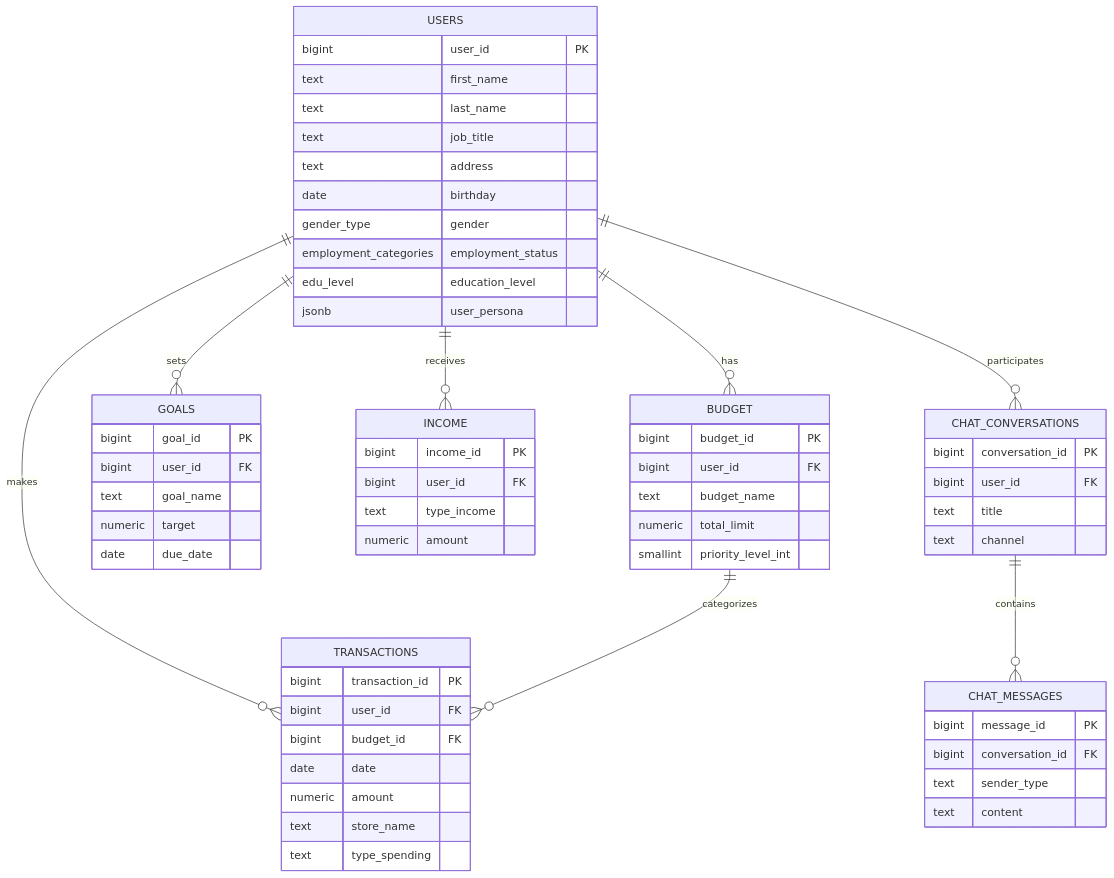
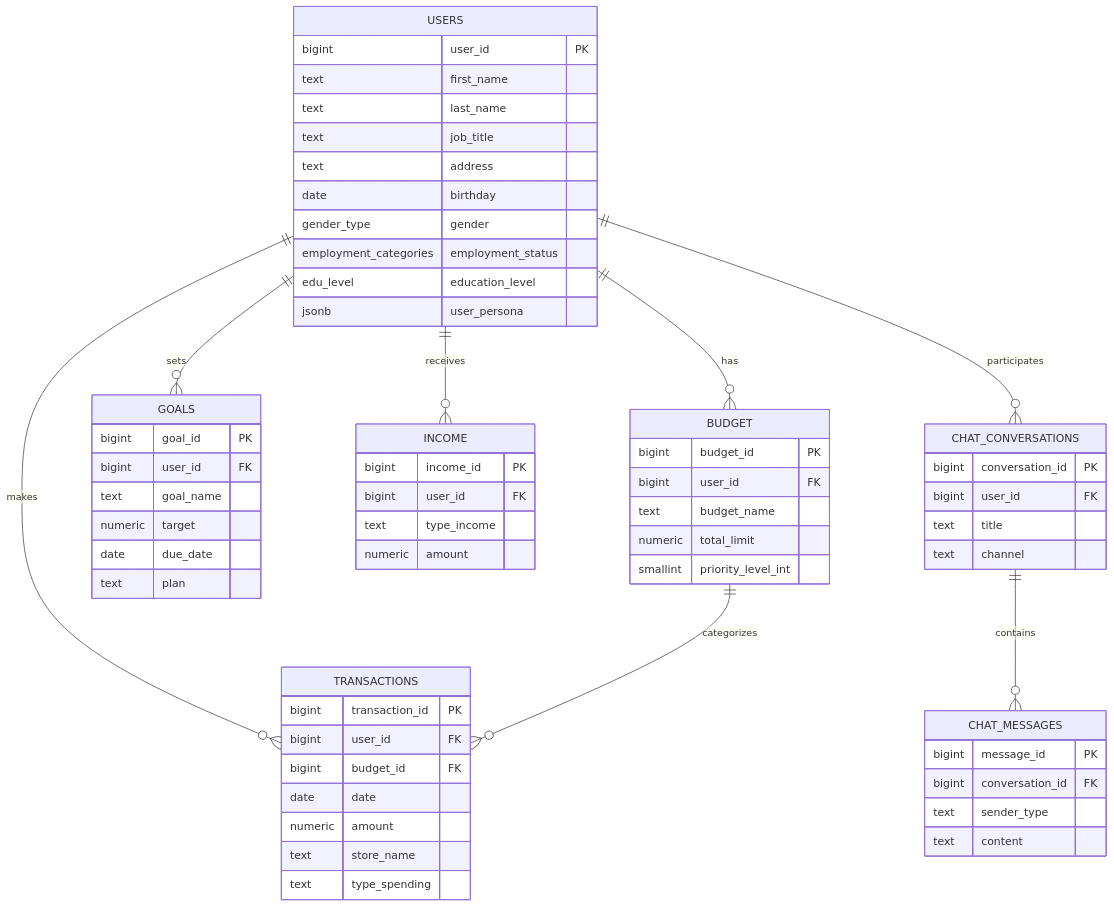
The third of 3 diagrams in README.md (Apo-Eclipse/Grad), drawn with Mermaid before and after one commit. The commit also changed other lines of this file and 4 other files, not shown here.

````diff
--- a/README.md
+++ b/README.md
@@ -130,64 +130,65 @@
 ```mermaid
 erDiagram
     USERS ||--o{ BUDGET : has
     USERS ||--o{ GOALS : sets
     USERS ||--o{ INCOME : receives
     USERS ||--o{ TRANSACTIONS : makes
     USERS ||--o{ CHAT_CONVERSATIONS : participates
     BUDGET ||--o{ TRANSACTIONS : categorizes
     CHAT_CONVERSATIONS ||--o{ CHAT_MESSAGES : contains
 
     USERS {
         bigint user_id PK
         text first_name
         text last_name
         text job_title
         text address
         date birthday
         gender_type gender
         employment_categories employment_status
         edu_level education_level
         jsonb user_persona
     }
     BUDGET {
         bigint budget_id PK
         bigint user_id FK
         text budget_name
         numeric total_limit
         smallint priority_level_int
     }
     GOALS {
         bigint goal_id PK
         bigint user_id FK
         text goal_name
         numeric target
         date due_date
+        text plan
     }
     INCOME {
         bigint income_id PK
         bigint user_id FK
         text type_income
         numeric amount
     }
     TRANSACTIONS {
         bigint transaction_id PK
         bigint user_id FK
         bigint budget_id FK
         date date
         numeric amount
         text store_name
         text type_spending
     }
     CHAT_CONVERSATIONS {
         bigint conversation_id PK
         bigint user_id FK
         text title
         text channel
     }
     CHAT_MESSAGES {
         bigint message_id PK
         bigint conversation_id FK
         text sender_type
         text content
     }
 ```
````
